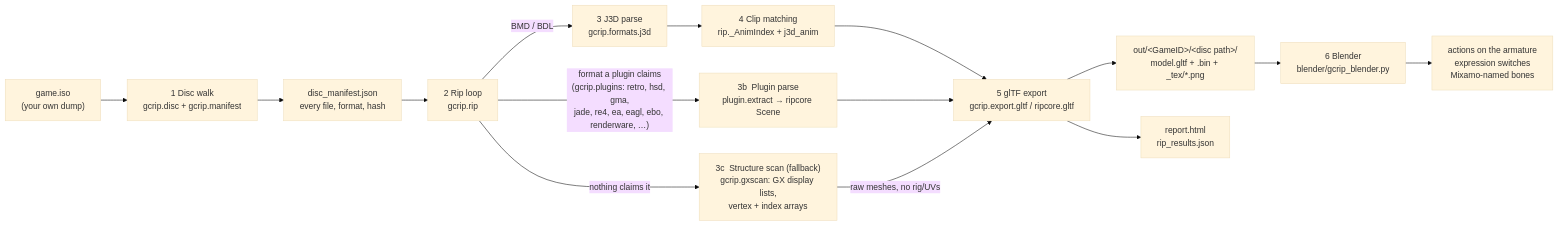
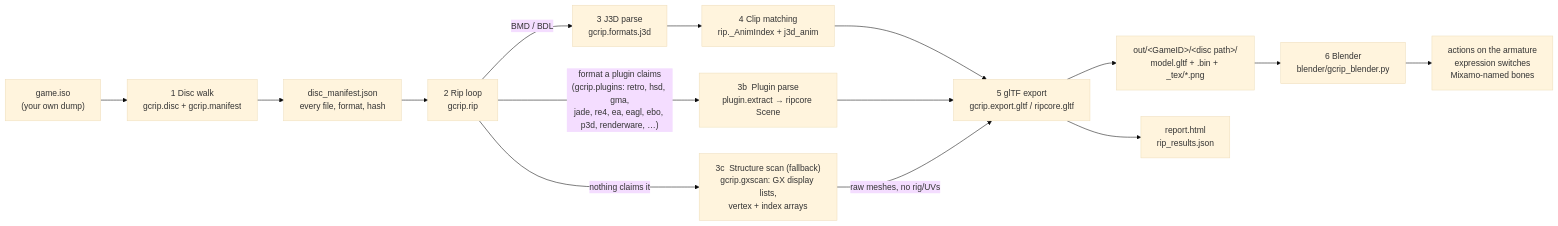
Before and after one commit to Felbs/3d-ripper-9000: the first of 8 diagrams in docs/PIPELINE.md, drawn with Mermaid (base theme). The commit also changed other lines of this file and 7 other files, not shown here.

````diff
--- a/docs/PIPELINE.md
+++ b/docs/PIPELINE.md
@@ -11,17 +11,17 @@
 ```mermaid
 flowchart LR
     ISO["game.iso<br/>(your own dump)"] --> WALK["1  Disc walk<br/>gcrip.disc + gcrip.manifest"]
     WALK --> MAN["disc_manifest.json<br/>every file, format, hash"]
     MAN --> RIP["2  Rip loop<br/>gcrip.rip"]
     RIP -->|"BMD / BDL"| J3D["3  J3D parse<br/>gcrip.formats.j3d"]
-    RIP -->|"format a plugin claims<br/>(gcrip.plugins: retro, hsd, gma,<br/>jade, re4, ea, eagl, ebo, renderware, …)"| PLUG["3b  Plugin parse<br/>plugin.extract → ripcore Scene"]
+    RIP -->|"format a plugin claims<br/>(gcrip.plugins: retro, hsd, gma,<br/>jade, re4, ea, eagl, ebo, p3d, renderware, …)"| PLUG["3b  Plugin parse<br/>plugin.extract → ripcore Scene"]
     RIP -->|"nothing claims it"| GX["3c  Structure scan (fallback)<br/>gcrip.gxscan: GX display lists,<br/>vertex + index arrays"]
     J3D --> ANIM["4  Clip matching<br/>rip._AnimIndex + j3d_anim"]
     ANIM --> GLTF["5  glTF export<br/>gcrip.export.gltf / ripcore.gltf"]
     PLUG --> GLTF
     GX -->|"raw meshes, no rig/UVs"| GLTF
     GLTF --> OUT["out/&lt;GameID&gt;/&lt;disc path&gt;/<br/>model.gltf + .bin + _tex/*.png"]
     GLTF --> REP["report.html<br/>rip_results.json"]
     OUT --> BL["6  Blender<br/>blender/gcrip_blender.py"]
     BL --> PLAY["actions on the armature<br/>expression switches<br/>Mixamo-named bones"]
 ```
````
